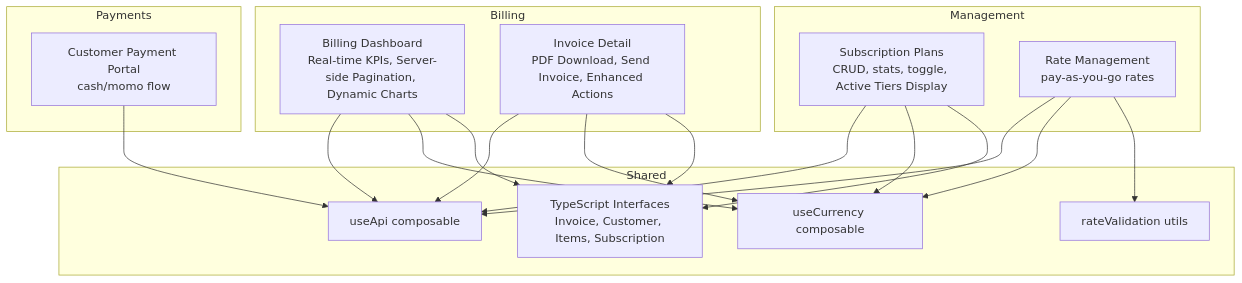
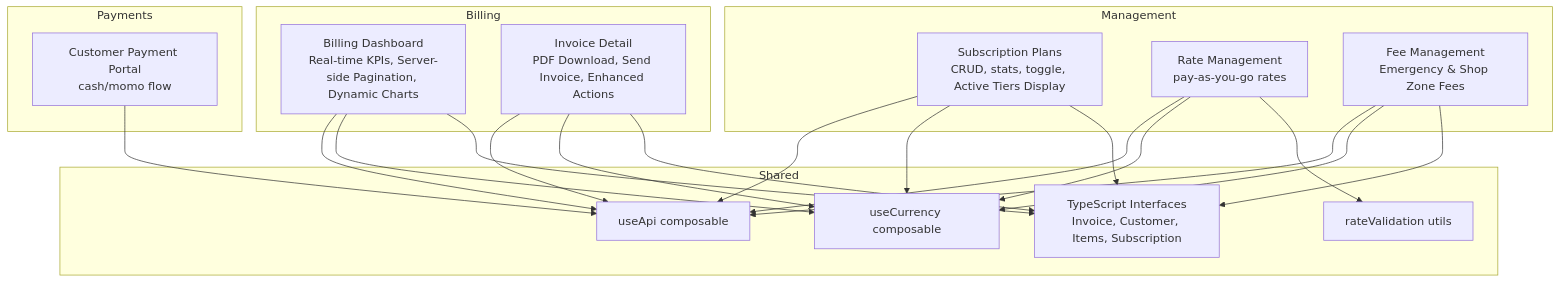
The first of 3 diagrams in .qoder/repowiki/en/content/Business Modules/Billing & Subscriptions/Billing & Subscriptions.md (Lazynerd-Studios/lacarte-atlas-console), drawn with Mermaid before and after one commit. The commit also changed other lines of this file and 3 other files, not shown here.

First line of the commit message:
feat(fees): simplify currency display and add backend compatibility workaround

````diff
--- a/.qoder/repowiki/en/content/Business Modules/Billing & Subscriptions/Billing & Subscriptions.md
+++ b/.qoder/repowiki/en/content/Business Modules/Billing & Subscriptions/Billing & Subscriptions.md
@@ -49,33 +57,37 @@
 ```mermaid
 graph TB
 subgraph "Billing"
 BIndex["Billing Dashboard<br/>Real-time KPIs, Server-side Pagination, Dynamic Charts"]
 BDetail["Invoice Detail<br/>PDF Download, Send Invoice, Enhanced Actions"]
 end
 subgraph "Management"
 SubPlans["Subscription Plans<br/>CRUD, stats, toggle, Active Tiers Display"]
 Rates["Rate Management<br/>pay-as-you-go rates"]
+Fees["Fee Management<br/>Emergency & Shop Zone Fees"]
 end
 subgraph "Payments"
 PayPortal["Customer Payment Portal<br/>cash/momo flow"]
 end
 subgraph "Shared"
 Api["useApi composable"]
 Currency["useCurrency composable"]
 Validation["rateValidation utils"]
 Types["TypeScript Interfaces<br/>Invoice, Customer, Items, Subscription"]
 end
 BIndex --> Api
 BDetail --> Api
 SubPlans --> Api
 Rates --> Api
+Fees --> Api
 PayPortal --> Api
 BIndex --> Currency
 BDetail --> Currency
 SubPlans --> Currency
 Rates --> Currency
+Fees --> Currency
 Rates --> Validation
 BDetail --> Types
 BIndex --> Types
 SubPlans --> Types
+Fees --> Types
 ```
````
